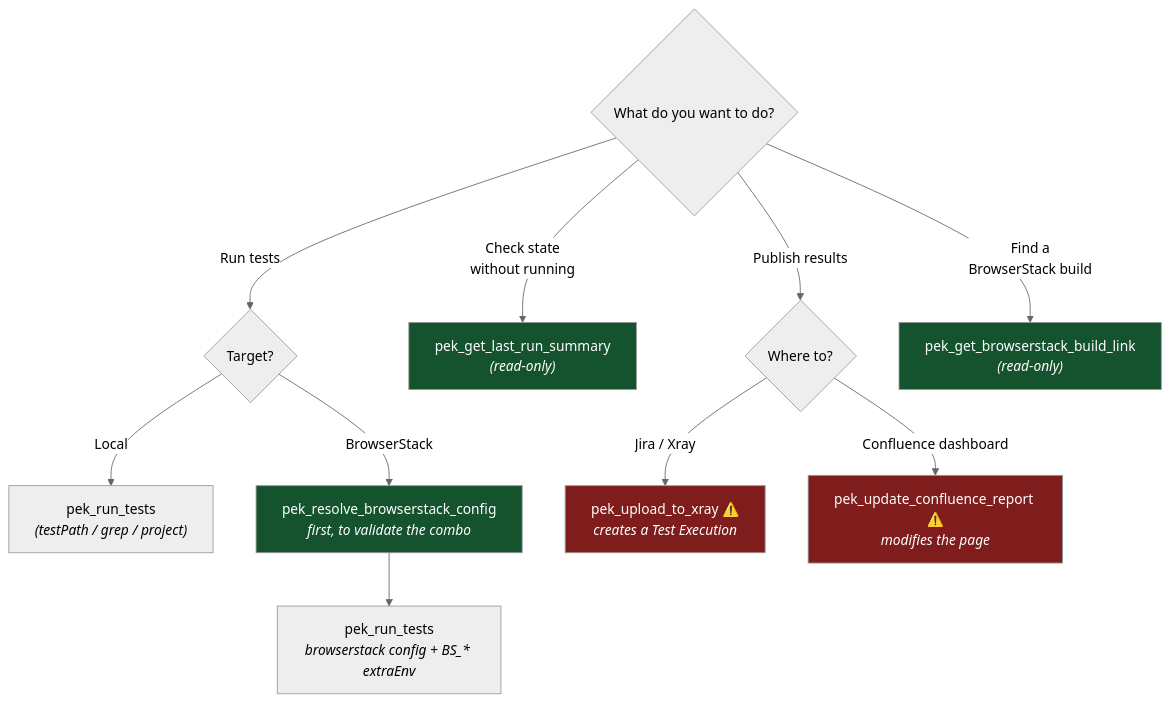
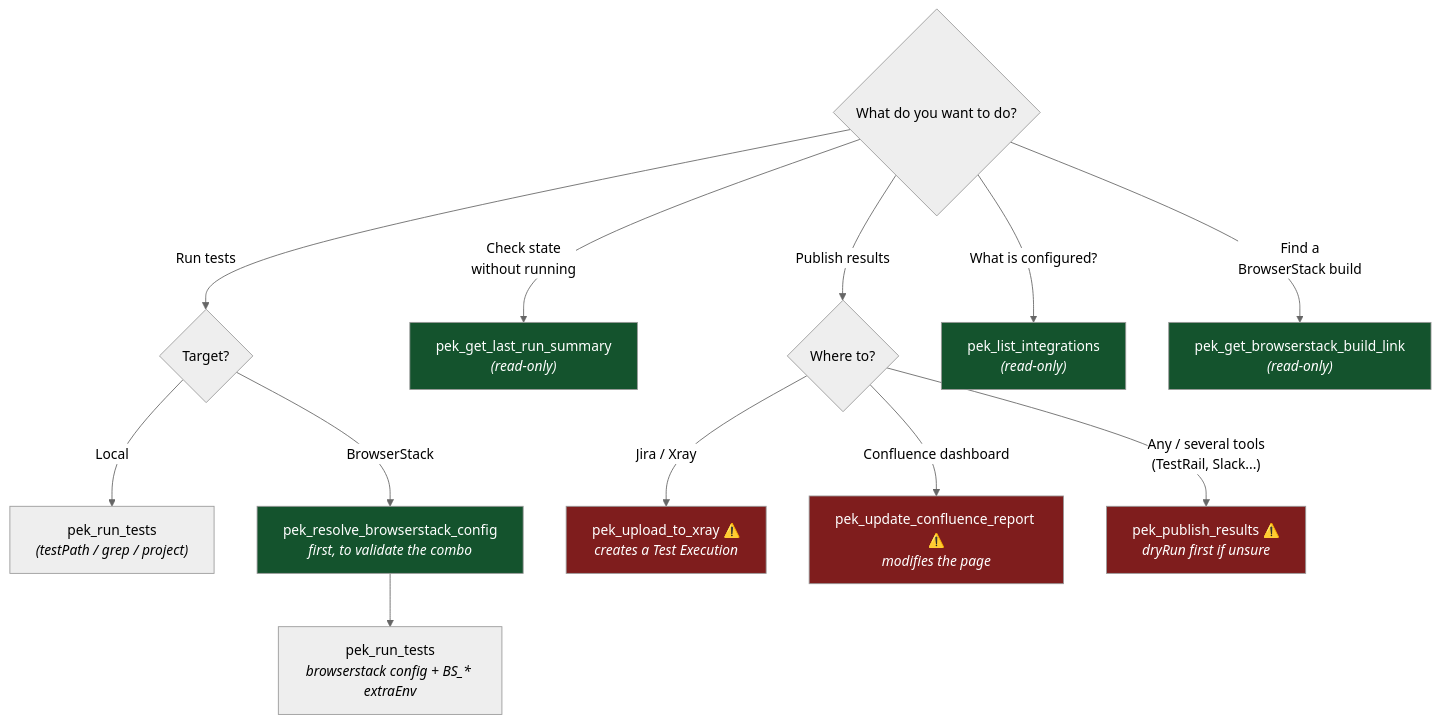
The second of 2 diagrams in docs/mcp-server-user-guide.md (AlexThibaud1976/playwright-enterprise-kit), drawn with Mermaid (neutral theme) before and after one commit. The commit also changed other lines of this file and 54 other files, not shown here.

First line of the commit message:
feat: pluggable integrations layer - standalone mode + any third-party tool

````diff
--- a/docs/mcp-server-user-guide.md
+++ b/docs/mcp-server-user-guide.md
@@ -262,23 +271,27 @@
 ```mermaid
 flowchart TD
     Q{"What do you want to do?"}
 
     Q -->|"Run tests"| Q2{"Target?"}
     Q2 -->|"Local"| T1["pek_run_tests<br/><i>(testPath / grep / project)</i>"]
     Q2 -->|"BrowserStack"| T3["pek_resolve_browserstack_config<br/><i>first, to validate the combo</i>"]
     T3 --> T1b["pek_run_tests<br/><i>browserstack config + BS_* extraEnv</i>"]
 
     Q -->|"Check state<br/>without running"| T2["pek_get_last_run_summary<br/><i>(read-only)</i>"]
 
     Q -->|"Publish results"| Q3{"Where to?"}
     Q3 -->|"Jira / Xray"| T5["pek_upload_to_xray ⚠️<br/><i>creates a Test Execution</i>"]
     Q3 -->|"Confluence dashboard"| T6["pek_update_confluence_report ⚠️<br/><i>modifies the page</i>"]
+    Q3 -->|"Any / several tools<br/>(TestRail, Slack...)"| T8["pek_publish_results ⚠️<br/><i>dryRun first if unsure</i>"]
+    Q -->|"What is configured?"| T7["pek_list_integrations<br/><i>(read-only)</i>"]
 
     Q -->|"Find a<br/>BrowserStack build"| T4["pek_get_browserstack_build_link<br/><i>(read-only)</i>"]
 
     style T5 fill:#7f1d1d,color:#fff
     style T6 fill:#7f1d1d,color:#fff
+    style T8 fill:#7f1d1d,color:#fff
+    style T7 fill:#14532d,color:#fff
     style T2 fill:#14532d,color:#fff
     style T4 fill:#14532d,color:#fff
     style T3 fill:#14532d,color:#fff
 ```
````
